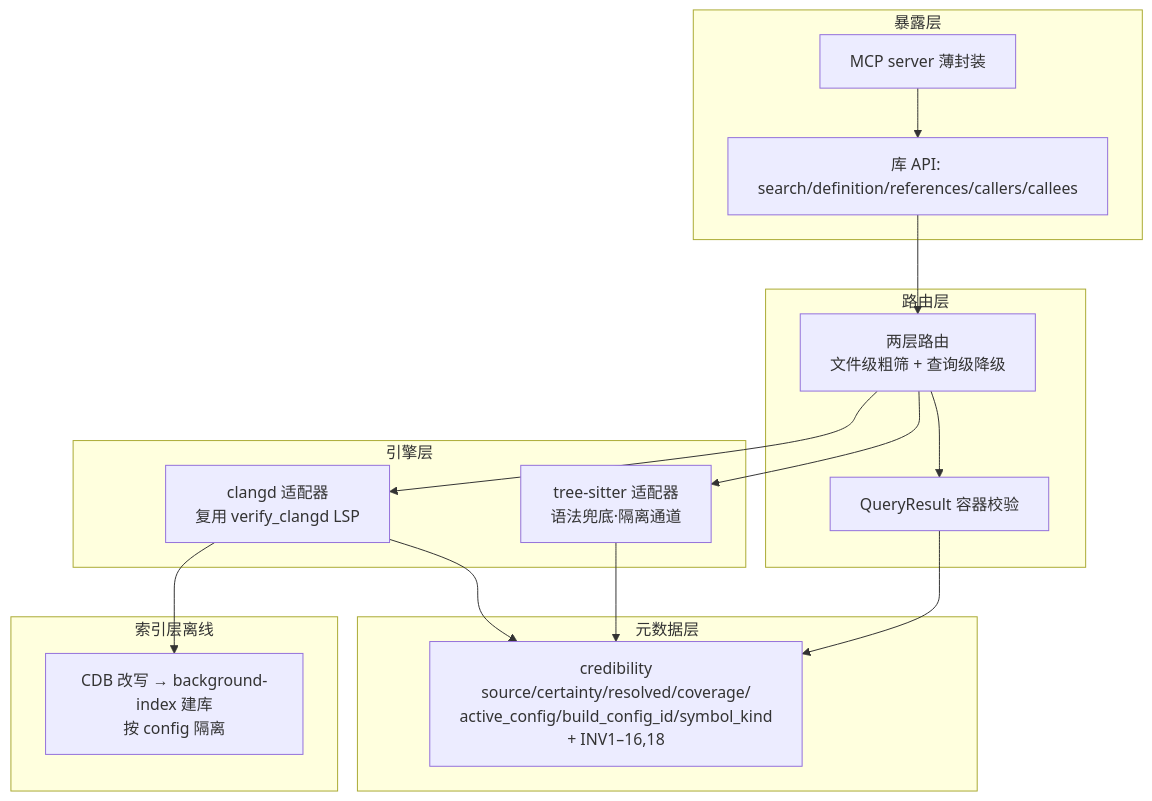
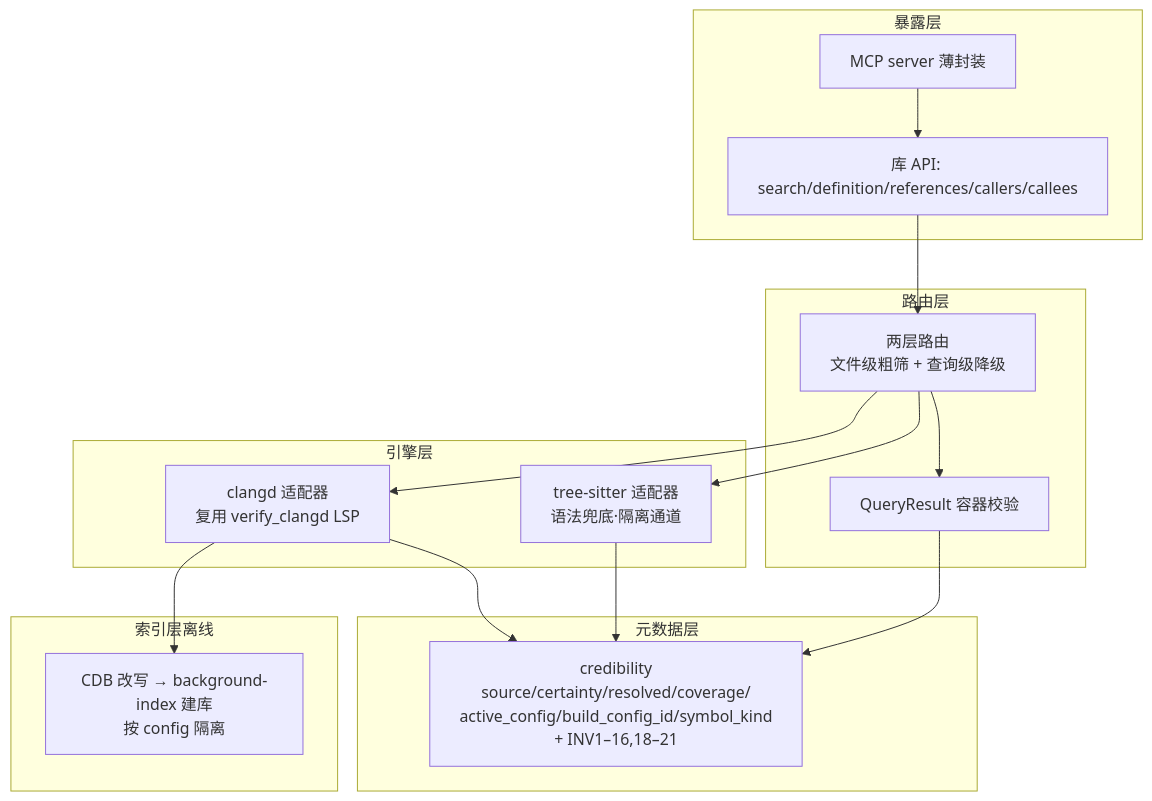
Before and after one commit to lhmax2010/CodeGraph: the diagram in docs/design.md, drawn with Mermaid. The commit also changed other lines of this file and 2 other files, not shown here.

Commit message:
[Phase 1] docs: apply v1.4.1 (propagate QR7 relaxation, fix INV21 scope per review)

````diff
--- a/docs/design.md
+++ b/docs/design.md
@@ -142,30 +143,30 @@
 ```mermaid
 flowchart TD
     subgraph 暴露层
         API[库 API: search/definition/references/callers/callees]
         MCP[MCP server 薄封装]
     end
     subgraph 路由层
         R[两层路由<br/>文件级粗筛 + 查询级降级]
         QV[QueryResult 容器校验]
     end
     subgraph 引擎层
         CL[clangd 适配器<br/>复用 verify_clangd LSP]
         TS[tree-sitter 适配器<br/>语法兜底·隔离通道]
     end
     subgraph 索引层离线
         IDX[CDB 改写 → background-index 建库<br/>按 config 隔离]
     end
     subgraph 元数据层
-        CR[credibility<br/>source/certainty/resolved/coverage/<br/>active_config/build_config_id/symbol_kind<br/>+ INV1–16,18]
+        CR[credibility<br/>source/certainty/resolved/coverage/<br/>active_config/build_config_id/symbol_kind<br/>+ INV1–16,18–21]
     end
     API --> R
     MCP --> API
     R --> CL
     R --> TS
     R --> QV
     CL --> IDX
     CL --> CR
     TS --> CR
     QV --> CR
 ```
````
